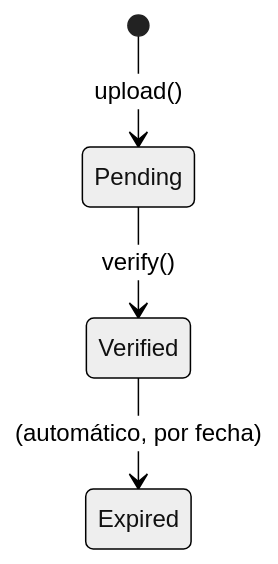
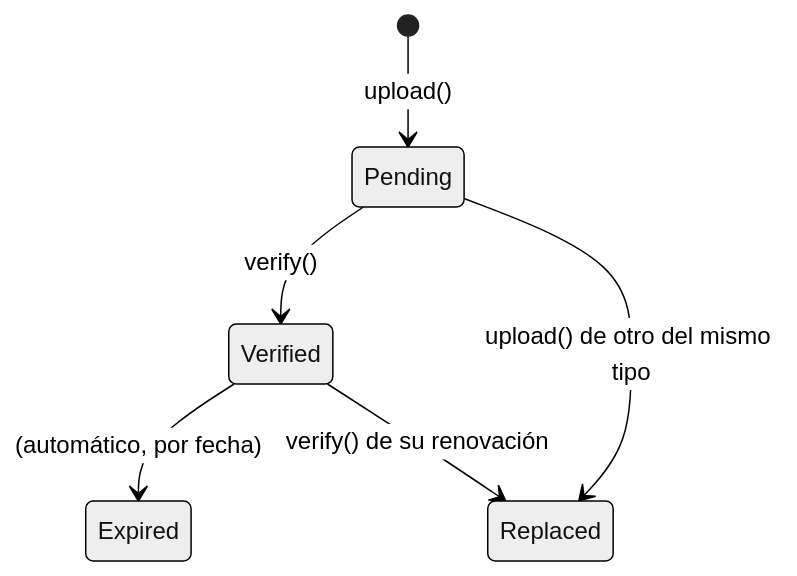
Diagram 13 of 17 in docs/model/08-STATE_MACHINES.md (hilarionht/renta-cars), drawn with Mermaid (neutral theme) before and after one commit. The commit also changed other lines of this file and 9 other files, not shown here.

````diff
--- a/docs/model/08-STATE_MACHINES.md
+++ b/docs/model/08-STATE_MACHINES.md
@@ -269,6 +269,8 @@
 ```mermaid
 stateDiagram-v2
     [*] --> Pending: upload()
     Pending --> Verified: verify()
     Verified --> Expired: (automático, por fecha)
+    Pending --> Replaced: upload() de otro del mismo tipo
+    Verified --> Replaced: verify() de su renovación
 ```
````
